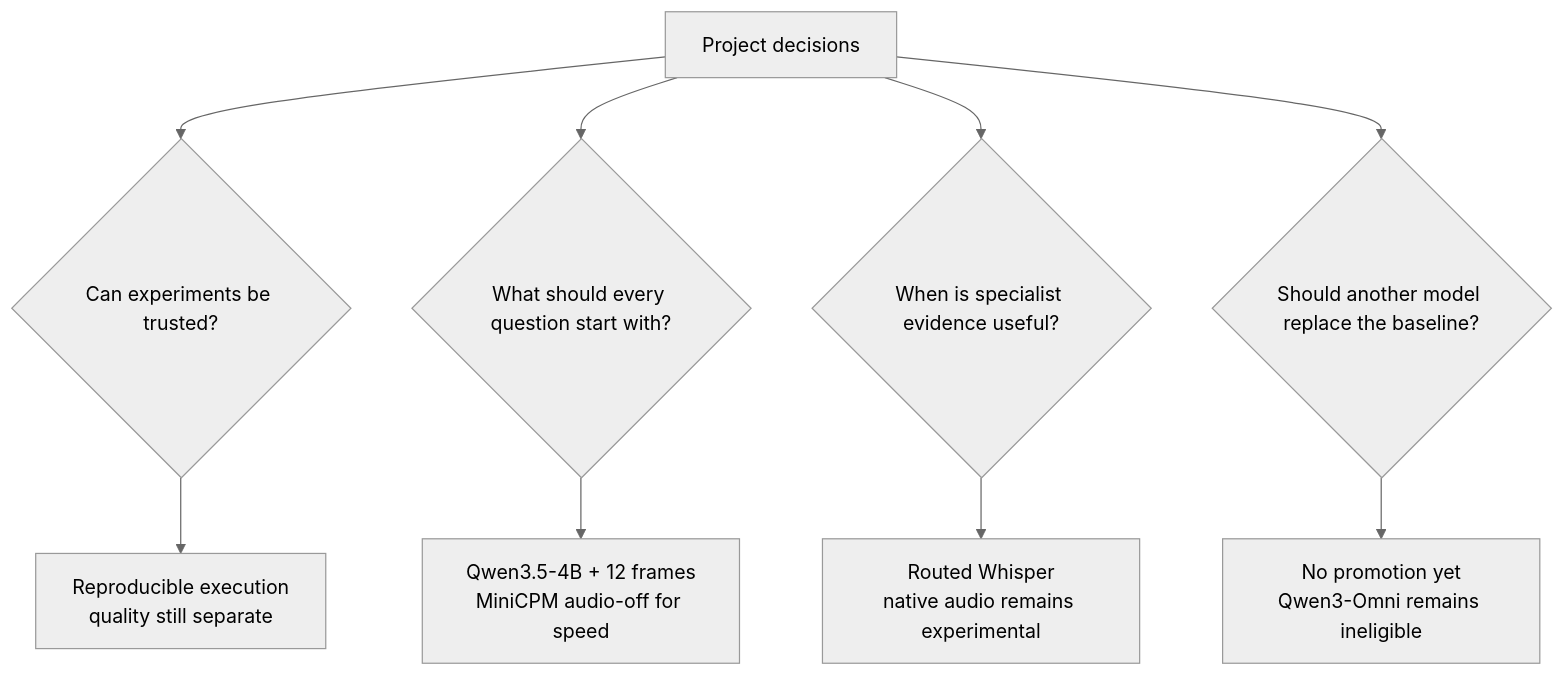
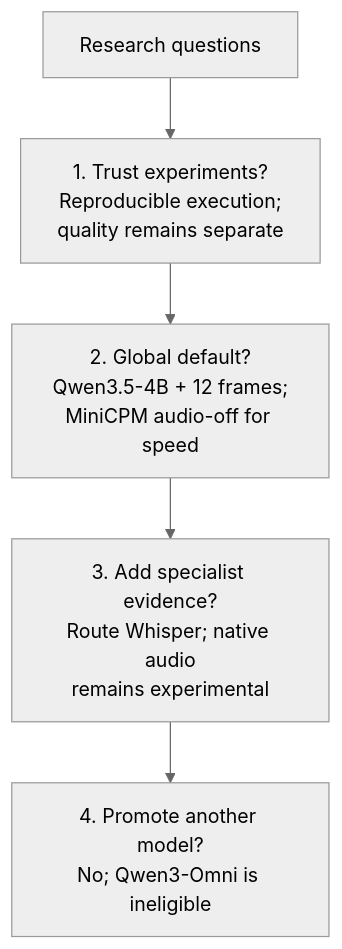
Before and after one commit to npatta01/trec_video_2026: the diagram in docs/project-status/experiment-ledger.md, drawn with Mermaid (neutral theme). The commit also changed other lines of this file and 2 other files, not shown here.

Commit message:
docs: make ledger map readable on phones

````diff
--- a/docs/project-status/experiment-ledger.md
+++ b/docs/project-status/experiment-ledger.md
@@ -22,13 +22,9 @@
 ``` mermaid
 flowchart TD
-  accTitle: Research-question map
-  accDescr: Four research questions led to the current baseline, specialist routes, stopped alternatives, and open candidates.
-  P[Project decisions] --> T{Can experiments be trusted?}
-  T --> TR[Reproducible execution<br/>quality still separate]
-  P --> B{What should every question start with?}
-  B --> BR[Qwen3.5-4B + 12 frames<br/>MiniCPM audio-off for speed]
-  P --> S{When is specialist evidence useful?}
-  S --> SR[Routed Whisper<br/>native audio remains experimental]
-  P --> M{Should another model replace the baseline?}
-  M --> MR[No promotion yet<br/>Qwen3-Omni remains ineligible]
+  accTitle: Research-question reading path
+  accDescr: A top-to-bottom path through four research questions. Reproducible execution does not establish quality. Qwen3.5-4B with 12 frames is the accuracy baseline and MiniCPM-o audio-off is the fast alternate. Whisper is routed while native audio remains experimental. No model is promoted and Qwen3-Omni remains ineligible.
+  P[Research questions] --> T[1. Trust experiments?<br/>Reproducible execution;<br/>quality remains separate]
+  T --> B[2. Global default?<br/>Qwen3.5-4B + 12 frames;<br/>MiniCPM audio-off for speed]
+  B --> S[3. Add specialist evidence?<br/>Route Whisper; native audio<br/>remains experimental]
+  S --> M[4. Promote another model?<br/>No; Qwen3-Omni is ineligible]
 ```
````
